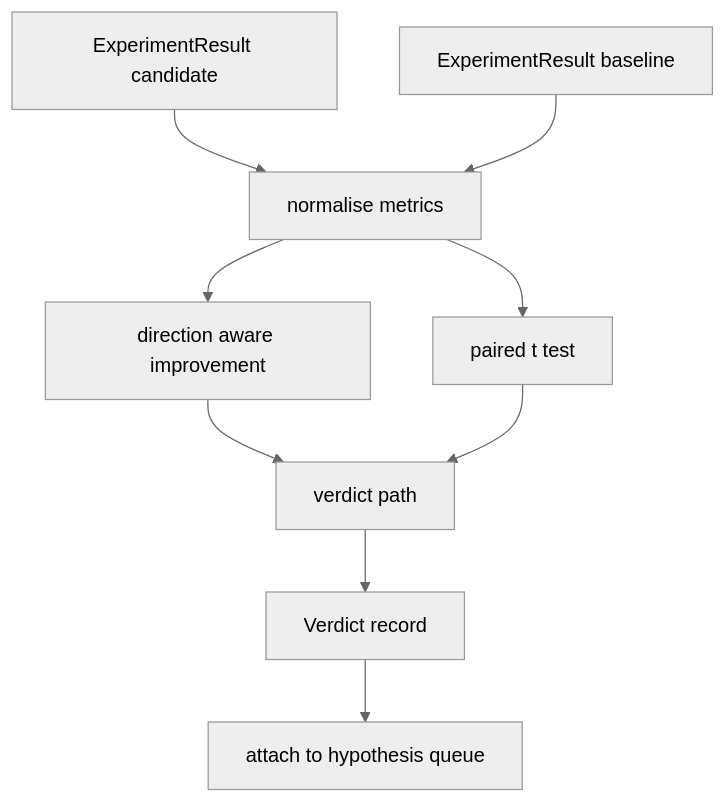
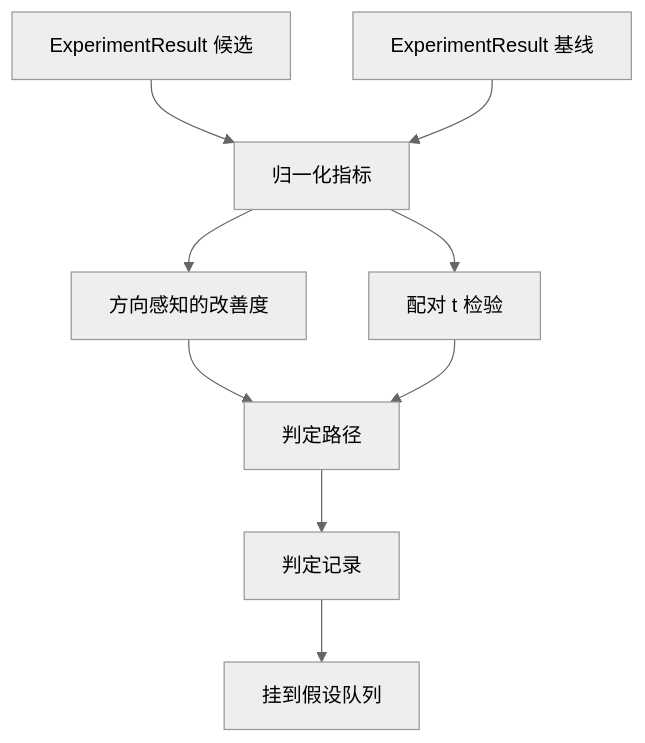
Before and after one commit to alessandrodinisio-ai/ai-engineering-learning-framework: the diagram in phases/19-capstone-projects/53-result-evaluator/docs/zh.md, drawn with Mermaid (neutral theme). The commit also changed 120 other files, not shown here.

First line of the commit message:
i18n(mermaid): 337 个 mermaid 图表标签中文化

````diff
--- a/phases/19-capstone-projects/53-result-evaluator/docs/zh.md
+++ b/phases/19-capstone-projects/53-result-evaluator/docs/zh.md
@@ -51,11 +51,11 @@
 ```mermaid
 flowchart TD
-    A[ExperimentResult candidate] --> N[normalise metrics]
-    B[ExperimentResult baseline] --> N
-    N --> I[direction aware improvement]
-    N --> T[paired t test]
-    I --> V[verdict path]
+    A[ExperimentResult 候选] --> N[归一化指标]
+    B[ExperimentResult 基线] --> N
+    N --> I[方向感知的改善度]
+    N --> T[配对 t 检验]
+    I --> V[判定路径]
     T --> V
-    V --> O[Verdict record]
-    O --> Q[attach to hypothesis queue]
+    V --> O[判定记录]
+    O --> Q[挂到假设队列]
 ```
````
